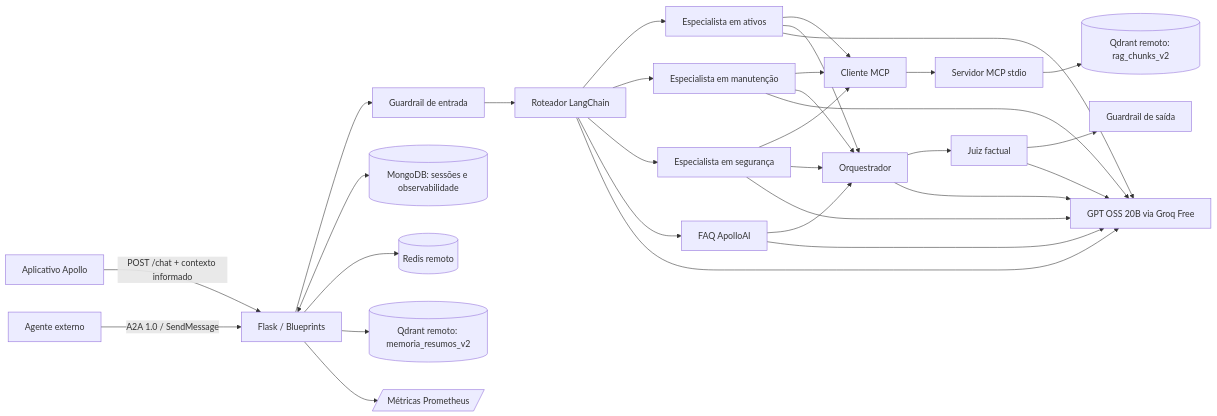
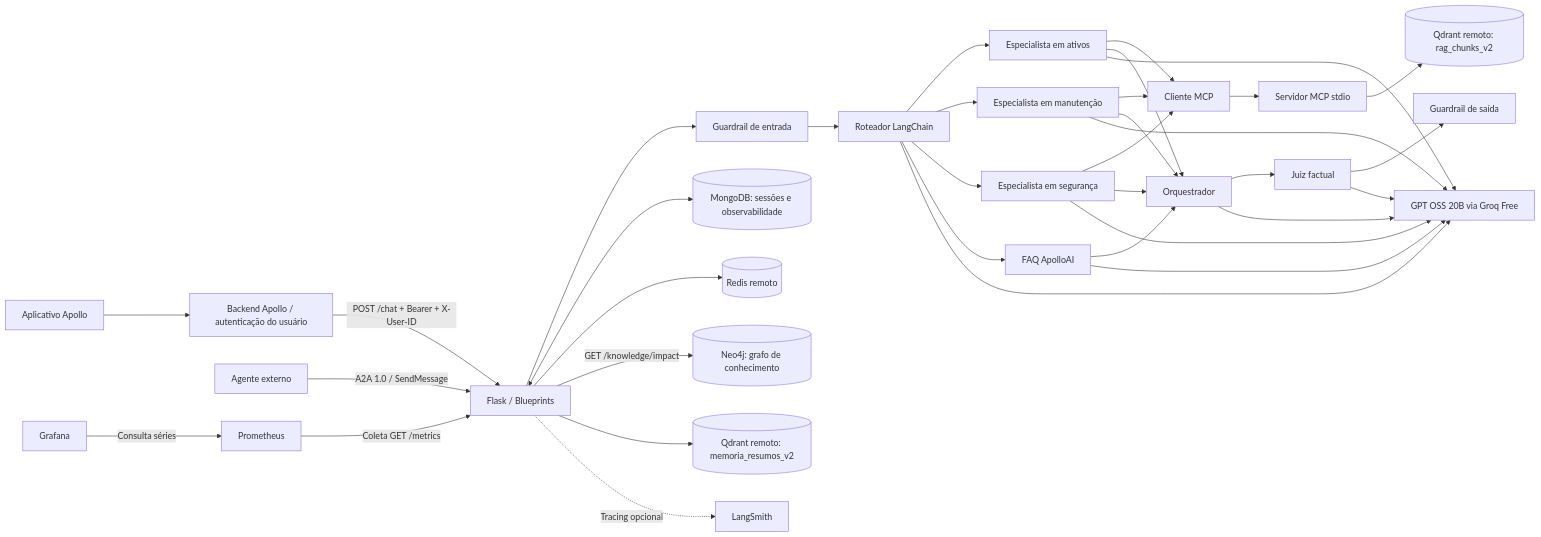
Before and after one commit to ApolloOficial/Chatbot-ApolloAI: the diagram in docs/ARCHITECTURE.md, drawn with Mermaid. The commit also changed other lines of this file and 67 other files, not shown here.

````diff
--- a/docs/ARCHITECTURE.md
+++ b/docs/ARCHITECTURE.md
@@ -3,22 +3,26 @@
 ```mermaid
 flowchart LR
-    Mobile[Aplicativo Apollo] -->|POST /chat + contexto informado| Flask[Flask / Blueprints]
+    Mobile[Aplicativo Apollo] --> Gateway[Backend Apollo / autenticação do usuário]
+    Gateway -->|POST /chat + Bearer + X-User-ID| Flask[Flask / Blueprints]
     External[Agente externo] -->|A2A 1.0 / SendMessage| Flask
     Flask --> GE[Guardrail de entrada]
     GE --> R[Roteador LangChain]
     R --> A[Especialista em ativos]
     R --> M[Especialista em manutenção]
     R --> S[Especialista em segurança]
     R --> F[FAQ ApolloAI]
     A & M & S --> MC[Cliente MCP]
     MC --> MS[Servidor MCP stdio]
     MS --> RAG[(Qdrant remoto: rag_chunks_v2)]
     A & M & S & F --> O[Orquestrador]
     O --> J[Juiz factual]
     J --> GS[Guardrail de saída]
     Flask <--> Mongo[(MongoDB: sessões e observabilidade)]
     Flask --> Redis[(Redis remoto)]
+    Flask -->|GET /knowledge/impact| Neo4j[(Neo4j: grafo de conhecimento)]
     Flask --> QM[(Qdrant remoto: memoria_resumos_v2)]
     R & A & M & S & F & J & O --> Groq[GPT OSS 20B via Groq Free]
-    Flask --> Prom[/Métricas Prometheus/]
+    Prometheus[Prometheus] -->|Coleta GET /metrics| Flask
+    Grafana[Grafana] -->|Consulta séries| Prometheus
+    Flask -.->|Tracing opcional| LangSmith[LangSmith]
 ```
````
